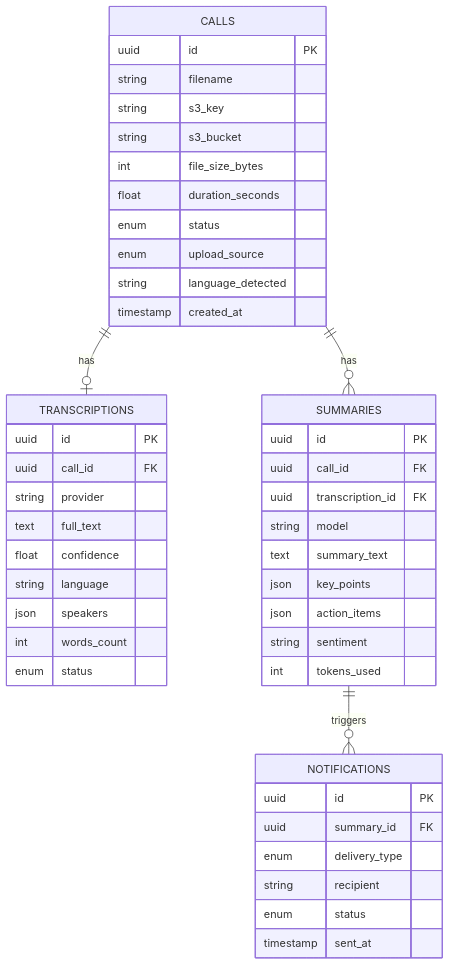
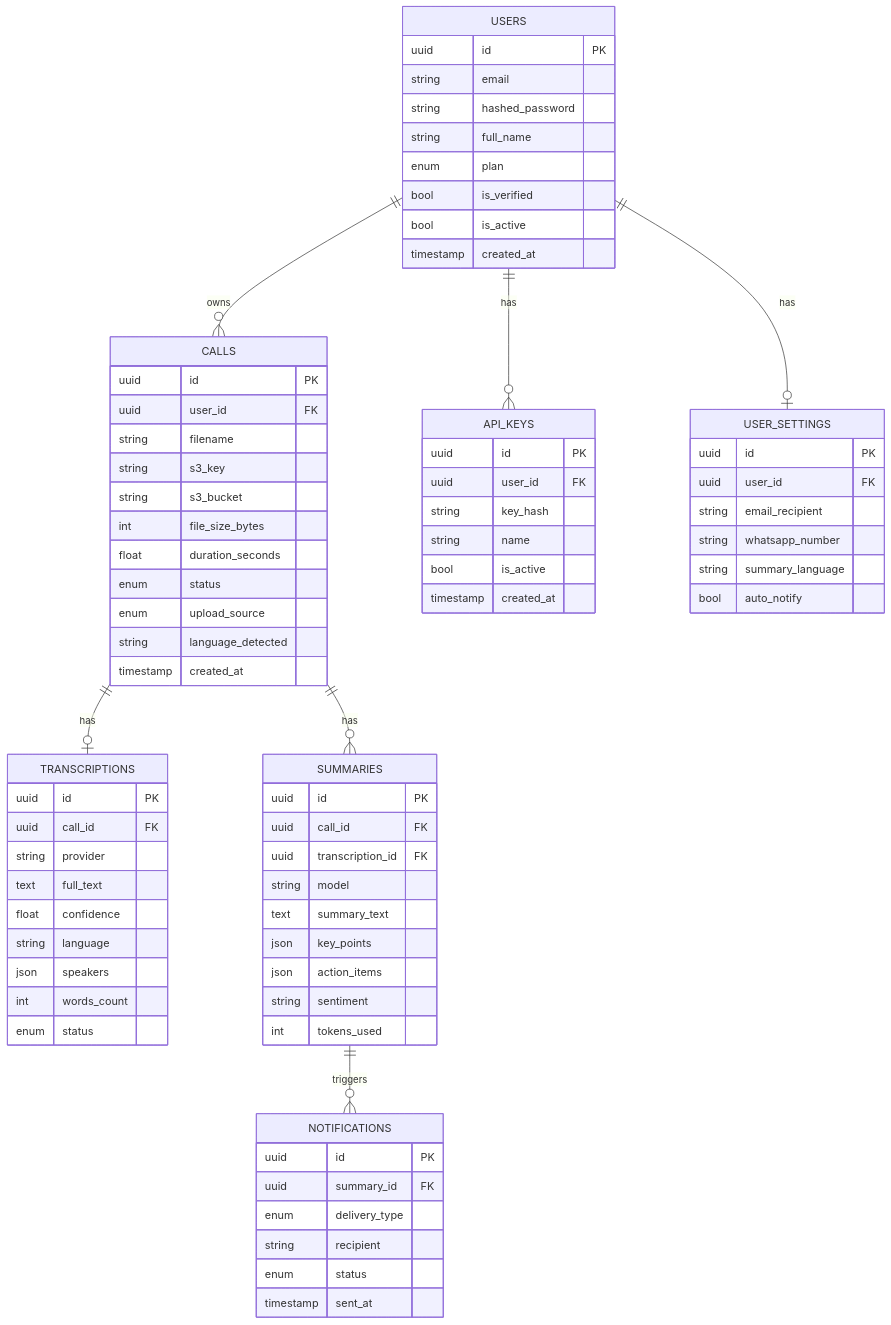
One commit to Ziv1972/calls_summery changed the fifth of 6 diagrams in README.md. Above: the diagram before and after it, drawn with Mermaid. The commit also changed other lines of this file and 1 other file, not shown here.

First line of the commit message:
docs: update README and CLAUDE.md with current architecture

````diff
--- a/README.md
+++ b/README.md
@@ -96,11 +150,26 @@
 ```mermaid
 erDiagram
+    USERS ||--o{ CALLS : owns
+    USERS ||--o{ API_KEYS : has
+    USERS ||--o| USER_SETTINGS : has
     CALLS ||--o| TRANSCRIPTIONS : has
     CALLS ||--o{ SUMMARIES : has
     SUMMARIES ||--o{ NOTIFICATIONS : triggers
 
+    USERS {
+        uuid id PK
+        string email
+        string hashed_password
+        string full_name
+        enum plan
+        bool is_verified
+        bool is_active
+        timestamp created_at
+    }
+
     CALLS {
         uuid id PK
+        uuid user_id FK
         string filename
         string s3_key
         string s3_bucket
@@ -144,4 +213,22 @@
         enum status
         timestamp sent_at
     }
+
+    API_KEYS {
+        uuid id PK
+        uuid user_id FK
+        string key_hash
+        string name
+        bool is_active
+        timestamp created_at
+    }
+
+    USER_SETTINGS {
+        uuid id PK
+        uuid user_id FK
+        string email_recipient
+        string whatsapp_number
+        string summary_language
+        bool auto_notify
+    }
 ```
````
